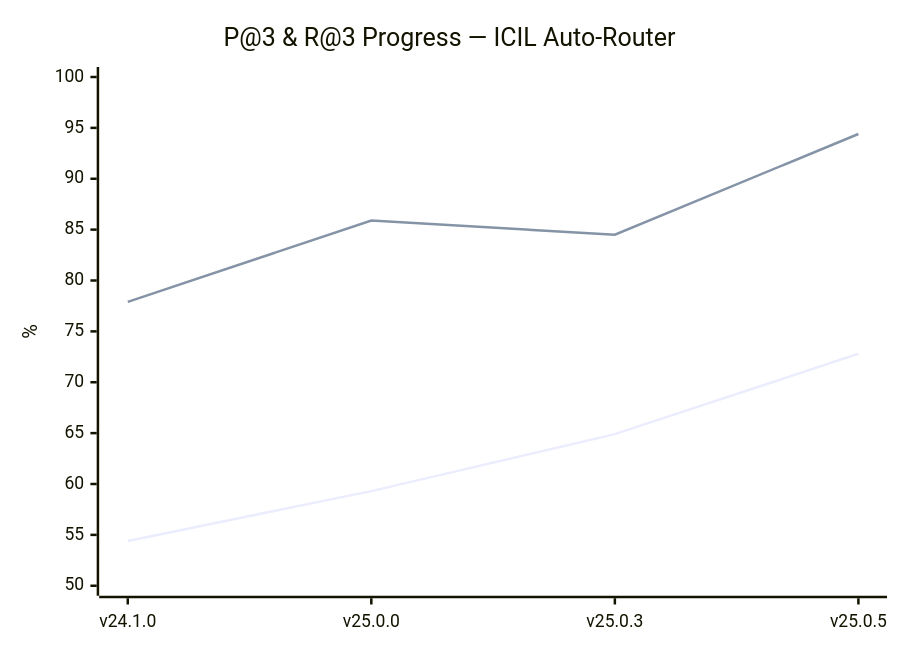
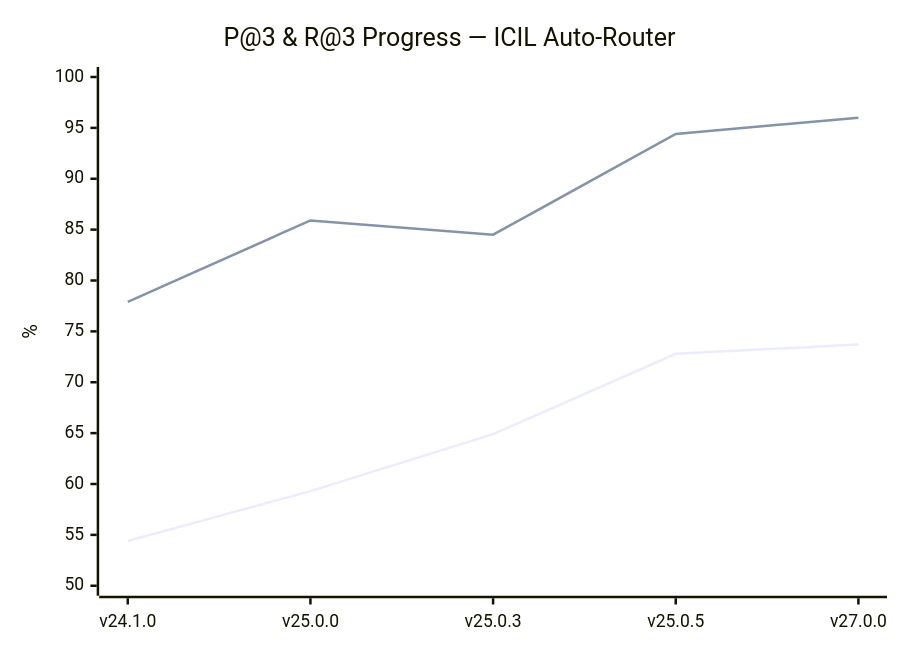
One commit to kandarlubis31/ICIL changed the first of 2 diagrams in README.md. Above: the diagram before and after it, drawn with Mermaid. The commit also changed other lines of this file and 20 other files, not shown here.

````diff
--- a/README.md
+++ b/README.md
@@ -48,8 +63,8 @@
 ```mermaid
 xychart-beta
   title "P@3 & R@3 Progress — ICIL Auto-Router"
-  x-axis ["v24.1.0", "v25.0.0", "v25.0.3", "v25.0.5"]
+  x-axis ["v24.1.0", "v25.0.0", "v25.0.3", "v25.0.5", "v27.0.0"]
   y-axis "%" 50 --> 100
-  line [54.4, 59.3, 64.9, 72.8]
-  line [77.9, 85.9, 84.5, 94.4]
+  line [54.4, 59.3, 64.9, 72.8, 73.7]
+  line [77.9, 85.9, 84.5, 94.4, 96.0]
 ```
````
